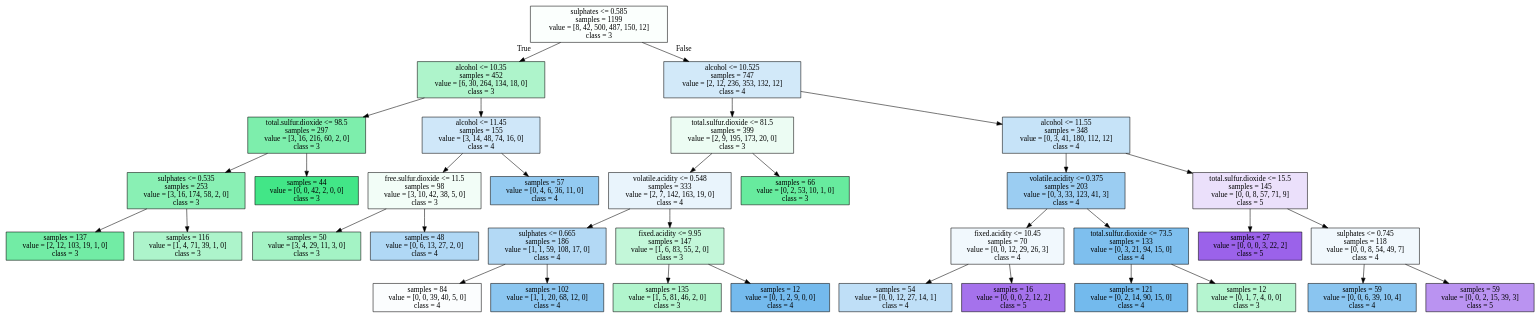
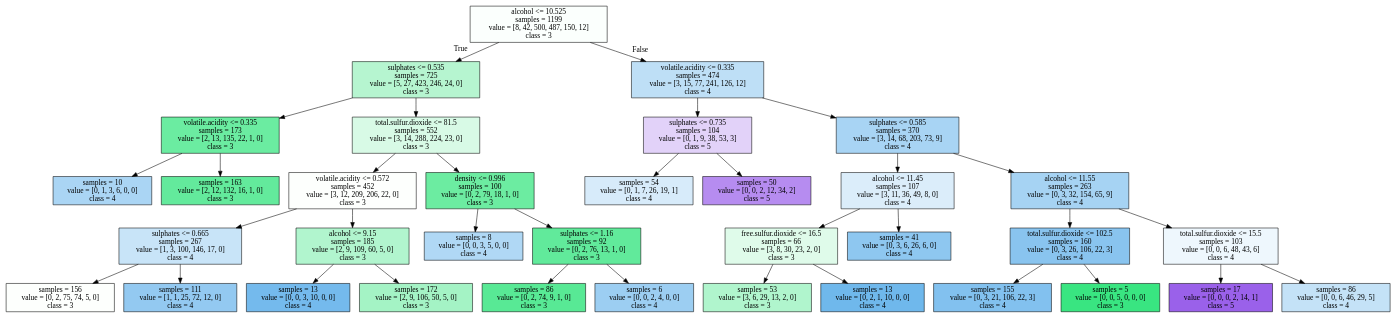
One commit to fecuva/DataScienceTEc changed the diagram in tarea3/simple_tree.dot. Above: the diagram before and after it, drawn with Graphviz. The commit also changed 3 other files, not shown here.

```diff
--- a/tarea3/simple_tree.dot
+++ b/tarea3/simple_tree.dot
@@ -1,72 +1,72 @@
 digraph Tree {
 node [shape=box, style="filled", color="black"] ;
-0 [label="sulphates <= 0.585\nsamples = 1199\nvalue = [8, 42, 500, 487, 150, 12]\nclass = 3", fillcolor="#fbfffd"] ;
-1 [label="alcohol <= 10.35\nsamples = 452\nvalue = [6, 30, 264, 134, 18, 0]\nclass = 3", fillcolor="#aef4cb"] ;
+0 [label="alcohol <= 10.525\nsamples = 1199\nvalue = [8, 42, 500, 487, 150, 12]\nclass = 3", fillcolor="#fbfffd"] ;
+1 [label="sulphates <= 0.535\nsamples = 725\nvalue = [5, 27, 423, 246, 24, 0]\nclass = 3", fillcolor="#b6f5d0"] ;
 0 -> 1 [labeldistance=2.5, labelangle=45, headlabel="True"] ;
-5 [label="total.sulfur.dioxide <= 98.5\nsamples = 297\nvalue = [3, 16, 216, 60, 2, 0]\nclass = 3", fillcolor="#7deeac"] ;
-1 -> 5 ;
-29 [label="sulphates <= 0.535\nsamples = 253\nvalue = [3, 16, 174, 58, 2, 0]\nclass = 3", fillcolor="#89f0b4"] ;
-5 -> 29 ;
-33 [label="samples = 137\nvalue = [2, 12, 103, 19, 1, 0]\nclass = 3", fillcolor="#72eca5"] ;
-29 -> 33 ;
-34 [label="samples = 116\nvalue = [1, 4, 71, 39, 1, 0]\nclass = 3", fillcolor="#adf4cb"] ;
-29 -> 34 ;
-30 [label="samples = 44\nvalue = [0, 0, 42, 2, 0, 0]\nclass = 3", fillcolor="#42e687"] ;
-5 -> 30 ;
-6 [label="alcohol <= 11.45\nsamples = 155\nvalue = [3, 14, 48, 74, 16, 0]\nclass = 4", fillcolor="#cfe7f9"] ;
-1 -> 6 ;
-15 [label="free.sulfur.dioxide <= 11.5\nsamples = 98\nvalue = [3, 10, 42, 38, 5, 0]\nclass = 3", fillcolor="#f2fdf7"] ;
-6 -> 15 ;
-23 [label="samples = 50\nvalue = [3, 4, 29, 11, 3, 0]\nclass = 3", fillcolor="#a4f3c5"] ;
-15 -> 23 ;
-24 [label="samples = 48\nvalue = [0, 6, 13, 27, 2, 0]\nclass = 4", fillcolor="#b0d8f5"] ;
-15 -> 24 ;
-16 [label="samples = 57\nvalue = [0, 4, 6, 36, 11, 0]\nclass = 4", fillcolor="#93caf1"] ;
-6 -> 16 ;
-2 [label="alcohol <= 10.525\nsamples = 747\nvalue = [2, 12, 236, 353, 132, 12]\nclass = 4", fillcolor="#d2e9f9"] ;
+3 [label="volatile.acidity <= 0.335\nsamples = 173\nvalue = [2, 13, 135, 22, 1, 0]\nclass = 3", fillcolor="#6beca1"] ;
+1 -> 3 ;
+25 [label="samples = 10\nvalue = [0, 1, 3, 6, 0, 0]\nclass = 4", fillcolor="#aad5f4"] ;
+3 -> 25 ;
+26 [label="samples = 163\nvalue = [2, 12, 132, 16, 1, 0]\nclass = 3", fillcolor="#63ea9c"] ;
+3 -> 26 ;
+4 [label="total.sulfur.dioxide <= 81.5\nsamples = 552\nvalue = [3, 14, 288, 224, 23, 0]\nclass = 3", fillcolor="#d8fae6"] ;
+1 -> 4 ;
+5 [label="volatile.acidity <= 0.572\nsamples = 452\nvalue = [3, 12, 209, 206, 22, 0]\nclass = 3", fillcolor="#fdfffd"] ;
+4 -> 5 ;
+9 [label="sulphates <= 0.665\nsamples = 267\nvalue = [1, 3, 100, 146, 17, 0]\nclass = 4", fillcolor="#c8e4f8"] ;
+5 -> 9 ;
+15 [label="samples = 156\nvalue = [0, 2, 75, 74, 5, 0]\nclass = 3", fillcolor="#fdfffd"] ;
+9 -> 15 ;
+16 [label="samples = 111\nvalue = [1, 1, 25, 72, 12, 0]\nclass = 4", fillcolor="#93c9f1"] ;
+9 -> 16 ;
+10 [label="alcohol <= 9.15\nsamples = 185\nvalue = [2, 9, 109, 60, 5, 0]\nclass = 3", fillcolor="#b1f5ce"] ;
+5 -> 10 ;
+27 [label="samples = 13\nvalue = [0, 0, 3, 10, 0, 0]\nclass = 4", fillcolor="#74baed"] ;
+10 -> 27 ;
+28 [label="samples = 172\nvalue = [2, 9, 106, 50, 5, 0]\nclass = 3", fillcolor="#a4f3c5"] ;
+10 -> 28 ;
+6 [label="density <= 0.996\nsamples = 100\nvalue = [0, 2, 79, 18, 1, 0]\nclass = 3", fillcolor="#6ceca1"] ;
+4 -> 6 ;
+31 [label="samples = 8\nvalue = [0, 0, 3, 5, 0, 0]\nclass = 4", fillcolor="#b0d8f5"] ;
+6 -> 31 ;
+32 [label="sulphates <= 1.16\nsamples = 92\nvalue = [0, 2, 76, 13, 1, 0]\nclass = 3", fillcolor="#61ea9b"] ;
+6 -> 32 ;
+33 [label="samples = 86\nvalue = [0, 2, 74, 9, 1, 0]\nclass = 3", fillcolor="#58e995"] ;
+32 -> 33 ;
+34 [label="samples = 6\nvalue = [0, 0, 2, 4, 0, 0]\nclass = 4", fillcolor="#9ccef2"] ;
+32 -> 34 ;
+2 [label="volatile.acidity <= 0.335\nsamples = 474\nvalue = [3, 15, 77, 241, 126, 12]\nclass = 4", fillcolor="#bedff6"] ;
 0 -> 2 [labeldistance=2.5, labelangle=-45, headlabel="False"] ;
-3 [label="total.sulfur.dioxide <= 81.5\nsamples = 399\nvalue = [2, 9, 195, 173, 20, 0]\nclass = 3", fillcolor="#ecfcf3"] ;
-2 -> 3 ;
-7 [label="volatile.acidity <= 0.548\nsamples = 333\nvalue = [2, 7, 142, 163, 19, 0]\nclass = 4", fillcolor="#e9f4fc"] ;
-3 -> 7 ;
-11 [label="sulphates <= 0.665\nsamples = 186\nvalue = [1, 1, 59, 108, 17, 0]\nclass = 4", fillcolor="#b3d9f5"] ;
-7 -> 11 ;
-25 [label="samples = 84\nvalue = [0, 0, 39, 40, 5, 0]\nclass = 4", fillcolor="#fbfdfe"] ;
-11 -> 25 ;
-26 [label="samples = 102\nvalue = [1, 1, 20, 68, 12, 0]\nclass = 4", fillcolor="#8bc6f0"] ;
-11 -> 26 ;
-12 [label="fixed.acidity <= 9.95\nsamples = 147\nvalue = [1, 6, 83, 55, 2, 0]\nclass = 3", fillcolor="#c3f7d9"] ;
-7 -> 12 ;
-31 [label="samples = 135\nvalue = [1, 5, 81, 46, 2, 0]\nclass = 3", fillcolor="#b1f5cd"] ;
-12 -> 31 ;
-32 [label="samples = 12\nvalue = [0, 1, 2, 9, 0, 0]\nclass = 4", fillcolor="#74baed"] ;
-12 -> 32 ;
-8 [label="samples = 66\nvalue = [0, 2, 53, 10, 1, 0]\nclass = 3", fillcolor="#67eb9e"] ;
-3 -> 8 ;
-4 [label="alcohol <= 11.55\nsamples = 348\nvalue = [0, 3, 41, 180, 112, 12]\nclass = 4", fillcolor="#c6e3f8"] ;
-2 -> 4 ;
-9 [label="volatile.acidity <= 0.375\nsamples = 203\nvalue = [0, 3, 33, 123, 41, 3]\nclass = 4", fillcolor="#9bcdf2"] ;
-4 -> 9 ;
-13 [label="fixed.acidity <= 10.45\nsamples = 70\nvalue = [0, 0, 12, 29, 26, 3]\nclass = 4", fillcolor="#f1f8fd"] ;
-9 -> 13 ;
-21 [label="samples = 54\nvalue = [0, 0, 12, 27, 14, 1]\nclass = 4", fillcolor="#bfdff7"] ;
-13 -> 21 ;
-22 [label="samples = 16\nvalue = [0, 0, 0, 2, 12, 2]\nclass = 5", fillcolor="#a572ec"] ;
-13 -> 22 ;
-14 [label="total.sulfur.dioxide <= 73.5\nsamples = 133\nvalue = [0, 3, 21, 94, 15, 0]\nclass = 4", fillcolor="#7ebfee"] ;
-9 -> 14 ;
-27 [label="samples = 121\nvalue = [0, 2, 14, 90, 15, 0]\nclass = 4", fillcolor="#73baed"] ;
-14 -> 27 ;
-28 [label="samples = 12\nvalue = [0, 1, 7, 4, 0, 0]\nclass = 3", fillcolor="#b5f5d0"] ;
-14 -> 28 ;
-10 [label="total.sulfur.dioxide <= 15.5\nsamples = 145\nvalue = [0, 0, 8, 57, 71, 9]\nclass = 5", fillcolor="#ebe0fb"] ;
-4 -> 10 ;
-17 [label="samples = 27\nvalue = [0, 0, 0, 3, 22, 2]\nclass = 5", fillcolor="#9b62ea"] ;
-10 -> 17 ;
-18 [label="sulphates <= 0.745\nsamples = 118\nvalue = [0, 0, 8, 54, 49, 7]\nclass = 4", fillcolor="#f1f8fd"] ;
-10 -> 18 ;
-19 [label="samples = 59\nvalue = [0, 0, 6, 39, 10, 4]\nclass = 4", fillcolor="#8ac5f0"] ;
-18 -> 19 ;
-20 [label="samples = 59\nvalue = [0, 0, 2, 15, 39, 3]\nclass = 5", fillcolor="#ba93f1"] ;
-18 -> 20 ;
+7 [label="sulphates <= 0.735\nsamples = 104\nvalue = [0, 1, 9, 38, 53, 3]\nclass = 5", fillcolor="#e2d2f9"] ;
+2 -> 7 ;
+29 [label="samples = 54\nvalue = [0, 1, 7, 26, 19, 1]\nclass = 4", fillcolor="#d7ebfa"] ;
+7 -> 29 ;
+30 [label="samples = 50\nvalue = [0, 0, 2, 12, 34, 2]\nclass = 5", fillcolor="#b68cf0"] ;
+7 -> 30 ;
+8 [label="sulphates <= 0.585\nsamples = 370\nvalue = [3, 14, 68, 203, 73, 9]\nclass = 4", fillcolor="#a8d4f4"] ;
+2 -> 8 ;
+11 [label="alcohol <= 11.45\nsamples = 107\nvalue = [3, 11, 36, 49, 8, 0]\nclass = 4", fillcolor="#dbedfa"] ;
+8 -> 11 ;
+21 [label="free.sulfur.dioxide <= 16.5\nsamples = 66\nvalue = [3, 8, 30, 23, 2, 0]\nclass = 3", fillcolor="#dffbea"] ;
+11 -> 21 ;
+23 [label="samples = 53\nvalue = [3, 6, 29, 13, 2, 0]\nclass = 3", fillcolor="#b0f5cd"] ;
+21 -> 23 ;
+24 [label="samples = 13\nvalue = [0, 2, 1, 10, 0, 0]\nclass = 4", fillcolor="#6fb8ec"] ;
+21 -> 24 ;
+22 [label="samples = 41\nvalue = [0, 3, 6, 26, 6, 0]\nclass = 4", fillcolor="#8ec7f0"] ;
+11 -> 22 ;
+12 [label="alcohol <= 11.55\nsamples = 263\nvalue = [0, 3, 32, 154, 65, 9]\nclass = 4", fillcolor="#a6d3f3"] ;
+8 -> 12 ;
+13 [label="total.sulfur.dioxide <= 102.5\nsamples = 160\nvalue = [0, 3, 26, 106, 22, 3]\nclass = 4", fillcolor="#89c4ef"] ;
+12 -> 13 ;
+17 [label="samples = 155\nvalue = [0, 3, 21, 106, 22, 3]\nclass = 4", fillcolor="#82c1ef"] ;
+13 -> 17 ;
+18 [label="samples = 5\nvalue = [0, 0, 5, 0, 0, 0]\nclass = 3", fillcolor="#39e581"] ;
+13 -> 18 ;
+14 [label="total.sulfur.dioxide <= 15.5\nsamples = 103\nvalue = [0, 0, 6, 48, 43, 6]\nclass = 4", fillcolor="#eef7fd"] ;
+12 -> 14 ;
+19 [label="samples = 17\nvalue = [0, 0, 0, 2, 14, 1]\nclass = 5", fillcolor="#9a61ea"] ;
+14 -> 19 ;
+20 [label="samples = 86\nvalue = [0, 0, 6, 46, 29, 5]\nclass = 4", fillcolor="#c4e2f7"] ;
+14 -> 20 ;
 }
```
